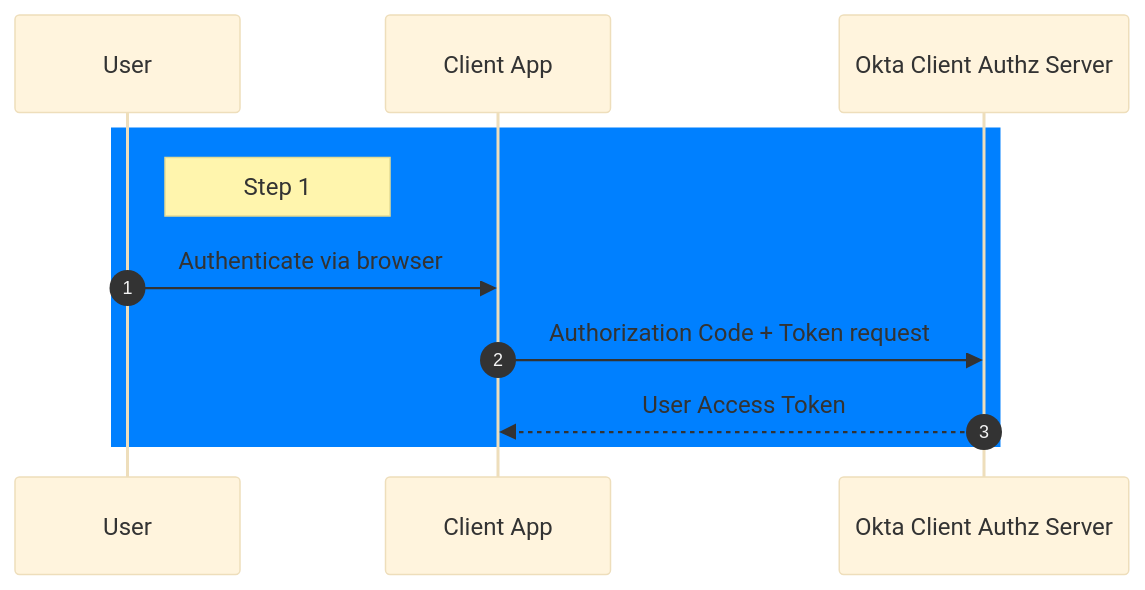
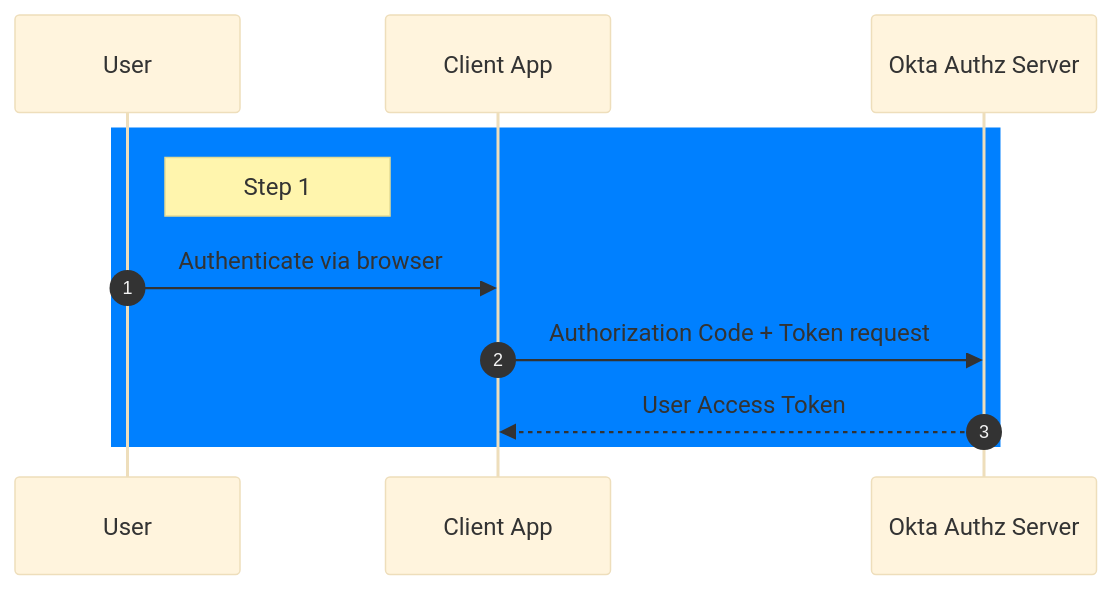
Before and after one commit to udplabs/okta-ai-poc: the second of 4 diagrams in images/sts_demo.md, drawn with Mermaid (base theme). The commit also changed other lines of this file, not shown here.

First line of the commit message:
Revise STS demo sequence diagrams

````diff
--- a/images/sts_demo.md
+++ b/images/sts_demo.md
@@ -70,15 +78,15 @@
 ```mermaid
 sequenceDiagram
     autonumber
     participant U as User
     participant C as Client App
-    participant CAS as Okta Client Authz Server
+    participant OAS as Okta Authz Server
 
 	rect rgb(0, 128, 255)
 		Note right of U: Step 1
 			U->>C: Authenticate via browser
-			C->>CAS: Authorization Code + Token request
-			CAS-->>C: User Access Token
+			C->>OAS: Authorization Code + Token request
+			OAS-->>C: User Access Token
 	end
 
 ```
````
